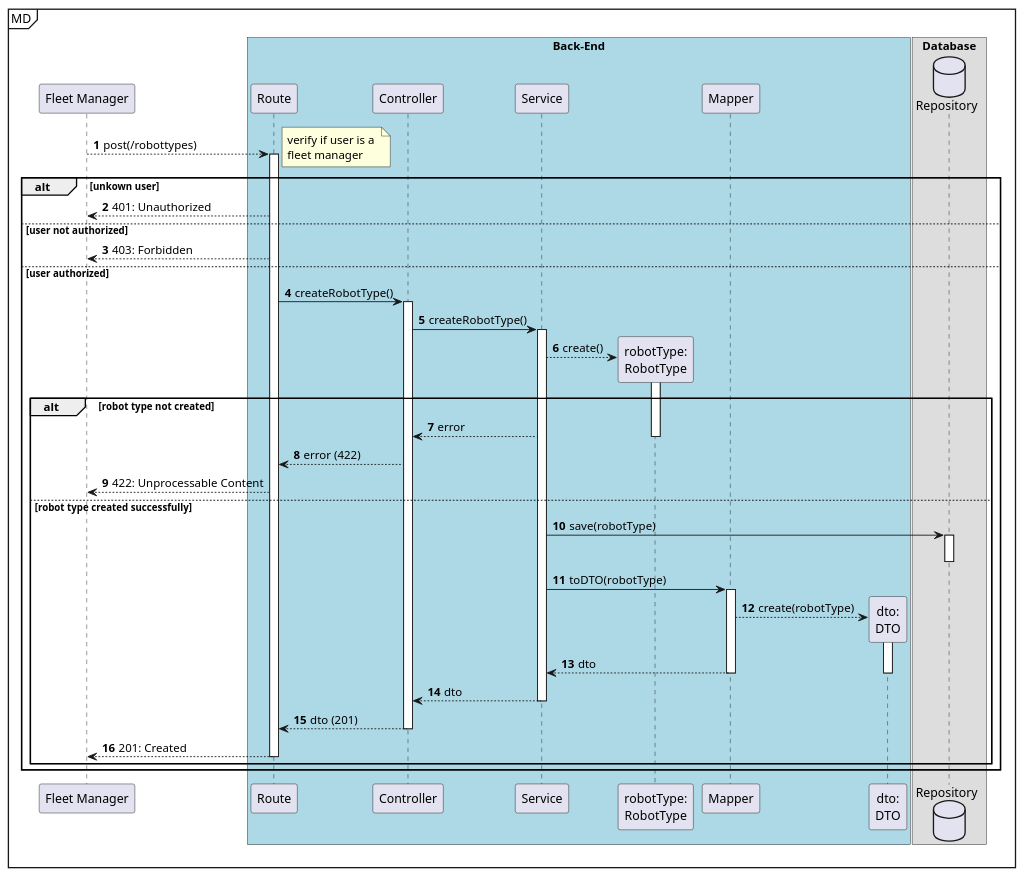
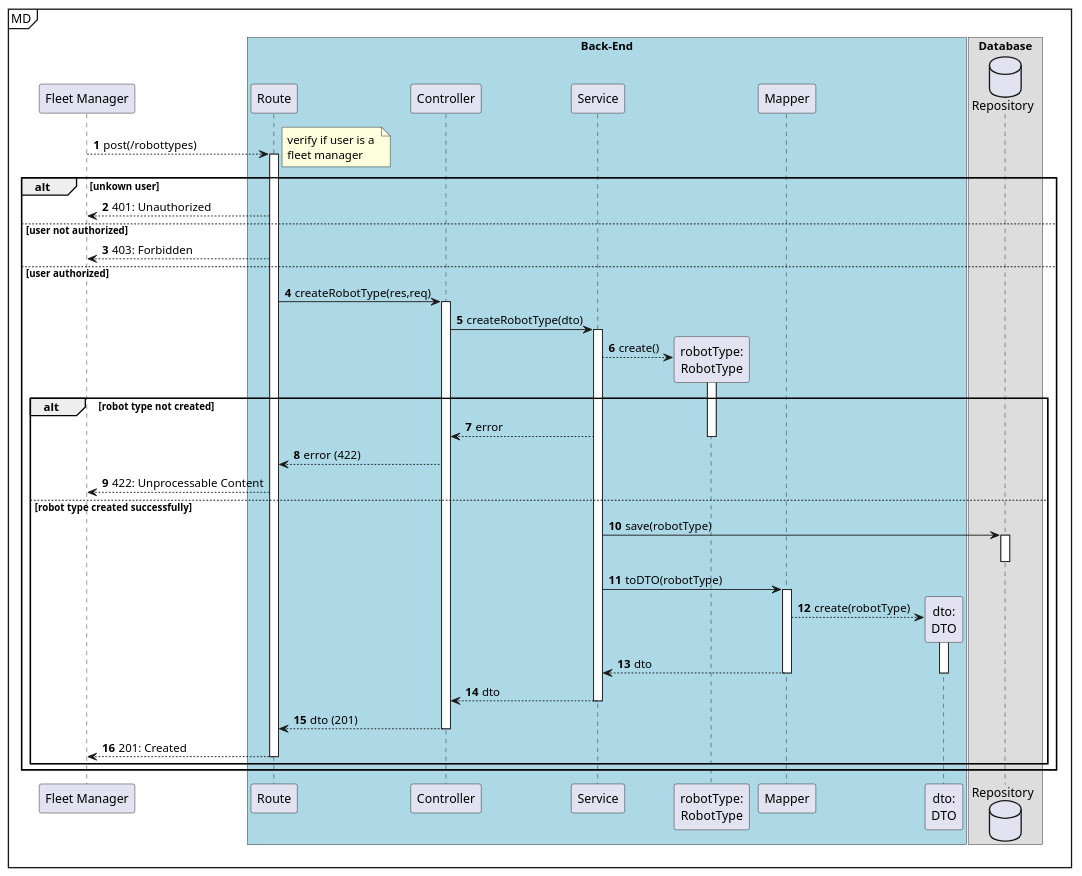
One commit to Departamento-de-Engenharia-Informatica/lapr5-23-24-g19 changed the diagram in docs/us350/level3/process-view.puml. Above: the diagram before and after it, drawn with PlantUML. The commit also changed 21 other files, not shown here.

```diff
--- a/docs/us350/level3/process-view.puml
+++ b/docs/us350/level3/process-view.puml
@@ -1,67 +1,67 @@
 @startuml
 autonumber
 
 participant "Fleet Manager" as ui
 mainframe MD
 box "Back-End" #LightBlue
 
 participant "Route" as r
 participant "Controller" as ctrl
 participant "Service" as svc
 
 participant "robotType:\nRobotType" as b
 participant "Mapper" as map
 participant "dto:\nDTO" as dto
 end box
 box "Database"
 database "Repository" as repo
 end box
 
 ui --> r: post(/robottypes)
 
     activate r
         note right: verify if user is a \nfleet manager
         alt unkown user
             r --> ui : 401: Unauthorized
         else user not authorized
             r --> ui : 403: Forbidden
         else user authorized
 
-        r -> ctrl : createRobotType()
+        r -> ctrl : createRobotType(res,req)
             activate ctrl
-                ctrl -> svc : createRobotType()
+                ctrl -> svc : createRobotType(dto)
                 activate svc
 
                     svc --> b **: create()
                     activate b
 
                     alt robot type not created
                         svc --> ctrl : error
                         deactivate b
                         ctrl --> r : error (422)
                         r --> ui : 422: Unprocessable Content
                     else robot type created successfully
                     svc -> repo : save(robotType)
                     activate repo
                     deactivate repo
 
                     svc -> map : toDTO(robotType)
                     activate map
                         map --> dto **: create(robotType)
                         activate dto
 
                         map --> svc : dto
                         deactivate dto
                     deactivate map
 
                     svc --> ctrl : dto
                 deactivate svc
 
                 ctrl --> r : dto (201)
             deactivate ctrl
         r --> ui: 201: Created
     deactivate r
 end
 end
 
 @enduml
```
